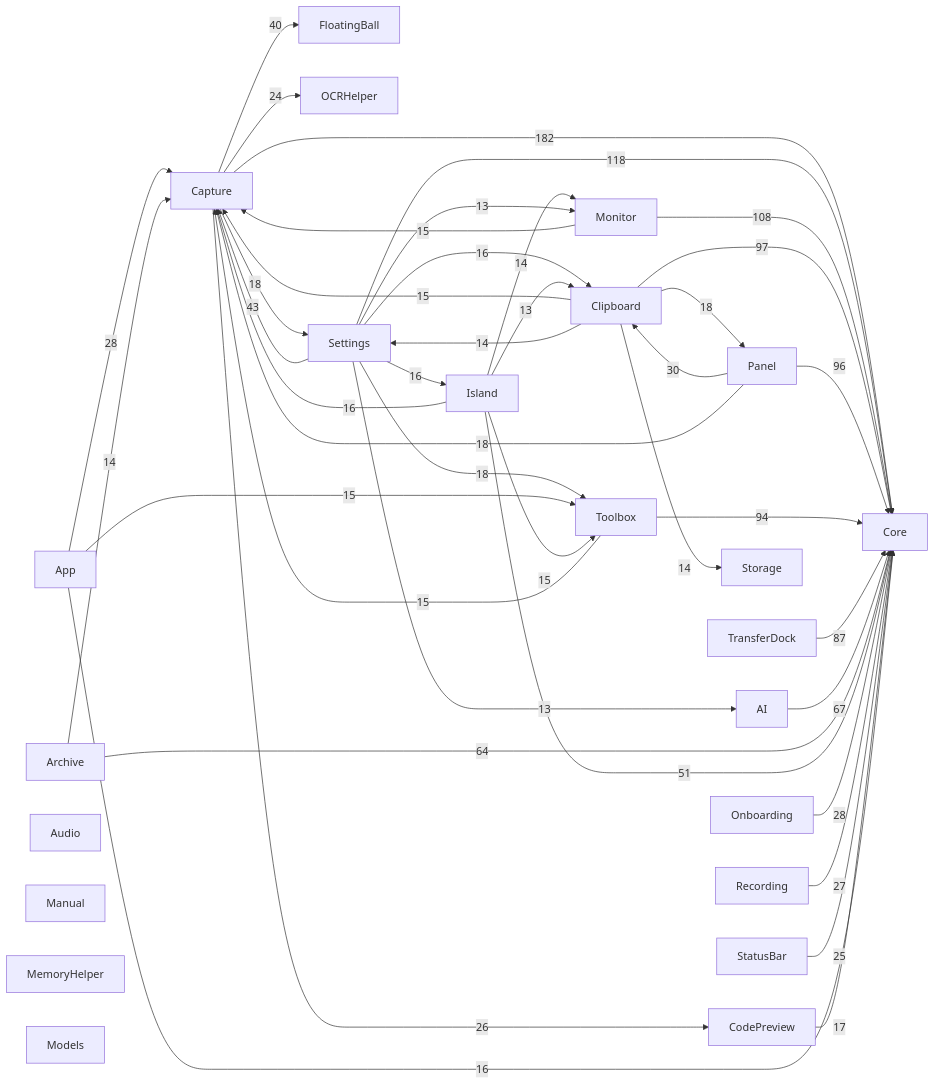
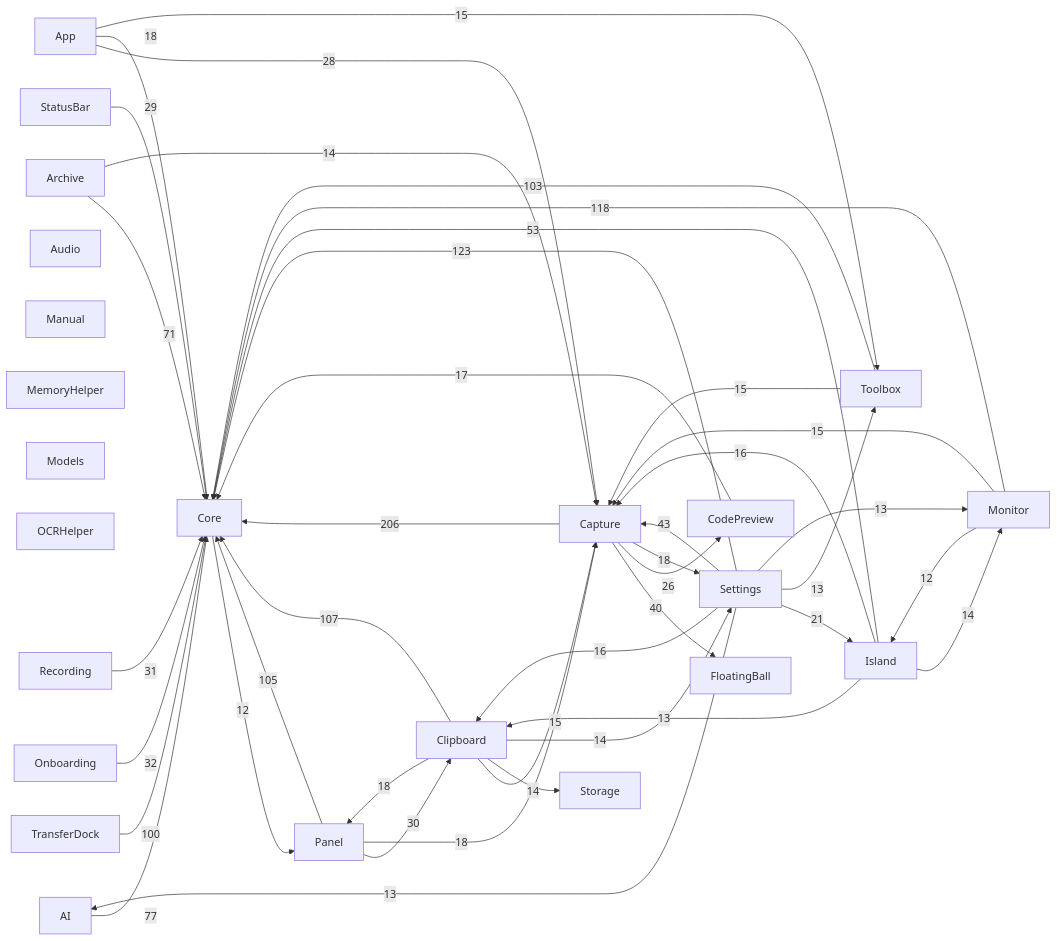
One commit to sxyq/Kitnest changed the diagram in docs/00-总览/模块依赖图.md. Above: the diagram before and after it, drawn with Mermaid. The commit also changed other lines of this file and 8 other files, not shown here.

````diff
--- a/docs/00-总览/模块依赖图.md
+++ b/docs/00-总览/模块依赖图.md
@@ -37,66 +37,66 @@
 ```mermaid
 flowchart LR
   M0["AI"]
   M1["App"]
   M2["Archive"]
   M3["Audio"]
   M4["Capture"]
   M5["Clipboard"]
   M6["CodePreview"]
   M7["Core"]
   M8["FloatingBall"]
   M9["Island"]
   M10["Manual"]
   M11["MemoryHelper"]
   M12["Models"]
   M13["Monitor"]
   M14["OCRHelper"]
   M15["Onboarding"]
   M16["Panel"]
   M17["Recording"]
   M18["Settings"]
   M19["StatusBar"]
   M20["Storage"]
   M21["Toolbox"]
   M22["TransferDock"]
-  M4 -->|182| M7
-  M18 -->|118| M7
-  M13 -->|108| M7
-  M5 -->|97| M7
-  M16 -->|96| M7
-  M21 -->|94| M7
-  M22 -->|87| M7
-  M0 -->|67| M7
-  M2 -->|64| M7
-  M9 -->|51| M7
+  M4 -->|206| M7
+  M18 -->|123| M7
+  M13 -->|118| M7
+  M5 -->|107| M7
+  M16 -->|105| M7
+  M21 -->|103| M7
+  M22 -->|100| M7
+  M0 -->|77| M7
+  M2 -->|71| M7
+  M9 -->|53| M7
   M18 -->|43| M4
   M4 -->|40| M8
+  M15 -->|32| M7
+  M17 -->|31| M7
   M16 -->|30| M5
+  M19 -->|29| M7
   M1 -->|28| M4
-  M15 -->|28| M7
-  M17 -->|27| M7
   M4 -->|26| M6
-  M19 -->|25| M7
-  M4 -->|24| M14
-  M18 -->|18| M21
+  M18 -->|21| M9
+  M1 -->|18| M7
   M4 -->|18| M18
+  M5 -->|18| M16
   M16 -->|18| M4
-  M5 -->|18| M16
   M6 -->|17| M7
-  M1 -->|16| M7
+  M9 -->|16| M4
   M18 -->|16| M5
-  M18 -->|16| M9
-  M9 -->|16| M4
   M1 -->|15| M21
+  M5 -->|15| M4
   M13 -->|15| M4
   M21 -->|15| M4
-  M9 -->|15| M21
-  M5 -->|15| M4
   M2 -->|14| M4
+  M5 -->|14| M20
+  M5 -->|14| M18
   M9 -->|14| M13
-  M5 -->|14| M18
-  M5 -->|14| M20
+  M9 -->|13| M5
+  M18 -->|13| M21
   M18 -->|13| M13
   M18 -->|13| M0
-  M9 -->|13| M5
+  M7 -->|12| M16
+  M13 -->|12| M9
 ```
````
